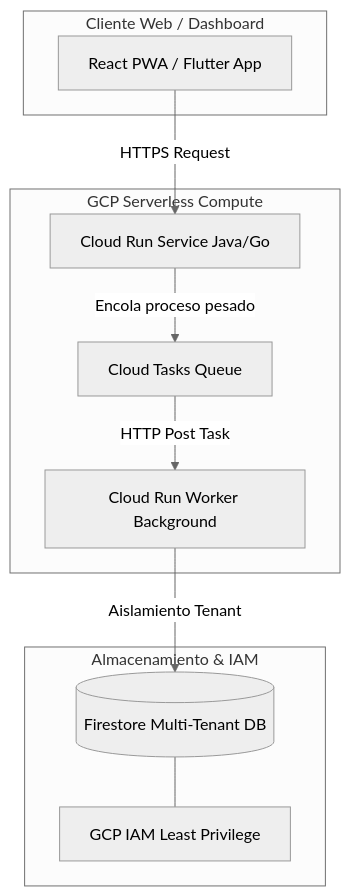
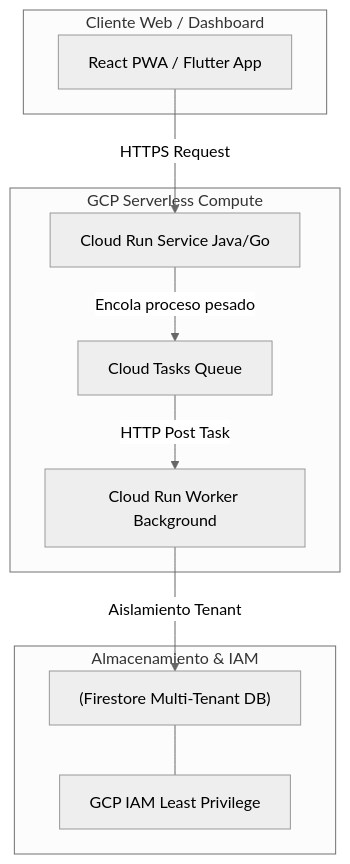
Before and after one commit to jaruiz78/ecosistema-multiproyectos: the diagram in docs/formacion_ecosistema/modulo_5_cloud_native_dbs/fintech_y_ia/01_gcp_fundamentos_cloud_run_tasks.md, drawn with Mermaid (neutral theme). The commit also changed 57 other files, not shown here.

First line of the commit message:
feat(validation,hooks): implementar Syntax Validator y Linter determinista para Mermaid, KaTeX y Markdown

````diff
--- a/docs/formacion_ecosistema/modulo_5_cloud_native_dbs/fintech_y_ia/01_gcp_fundamentos_cloud_run_tasks.md
+++ b/docs/formacion_ecosistema/modulo_5_cloud_native_dbs/fintech_y_ia/01_gcp_fundamentos_cloud_run_tasks.md
@@ -17,23 +17,23 @@
 ```mermaid
 graph TD
     subgraph Cliente Web / Dashboard
-        CLIENT[React PWA / Flutter App]
+        CLIENT["React PWA / Flutter App"]
     end
 
     subgraph GCP Serverless Compute
-        CR[Cloud Run Service Java/Go]
+        CR["Cloud Run Service Java/Go"]
         CT[Cloud Tasks Queue]
         WORKER[Cloud Run Worker Background]
     end
 
     subgraph Almacenamiento & IAM
-        FS[(Firestore Multi-Tenant DB)]
+        FS["(Firestore Multi-Tenant DB)"]
         IAM[GCP IAM Least Privilege]
     end
 
     CLIENT -->|HTTPS Request| CR
     CR -->|Encola proceso pesado| CT
     CT -->|HTTP Post Task| WORKER
     WORKER -->|Aislamiento Tenant| FS
     FS --- IAM
 ```
````
